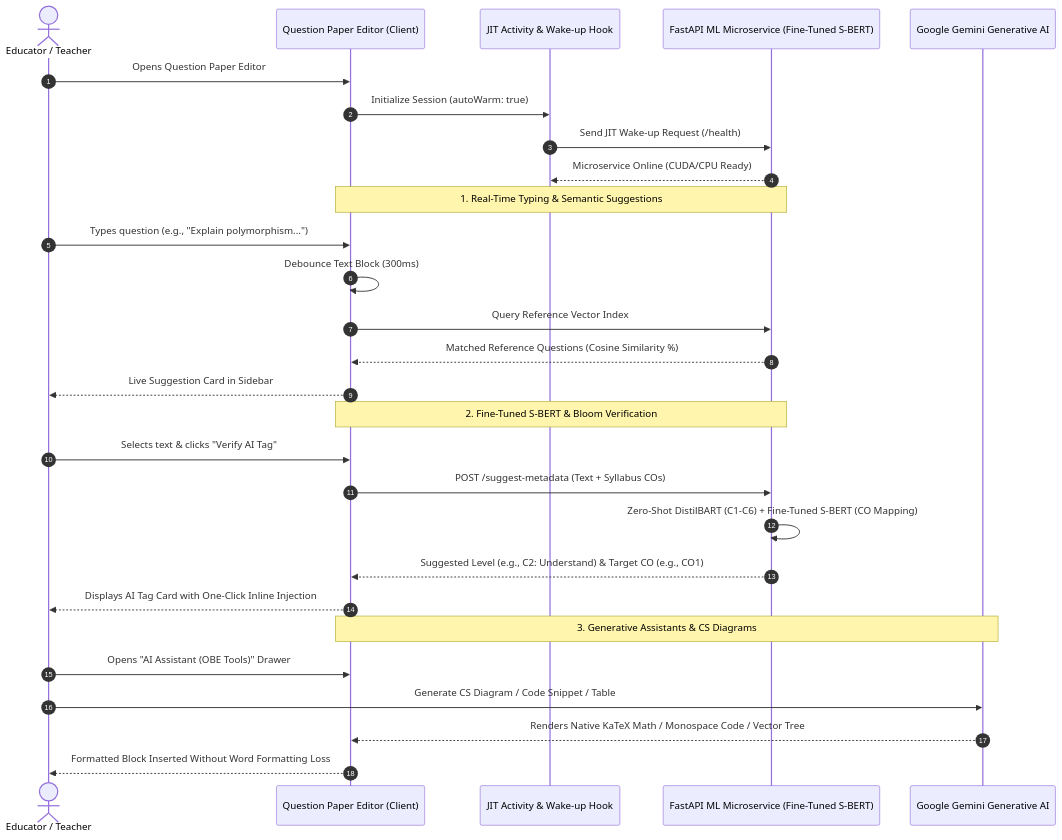
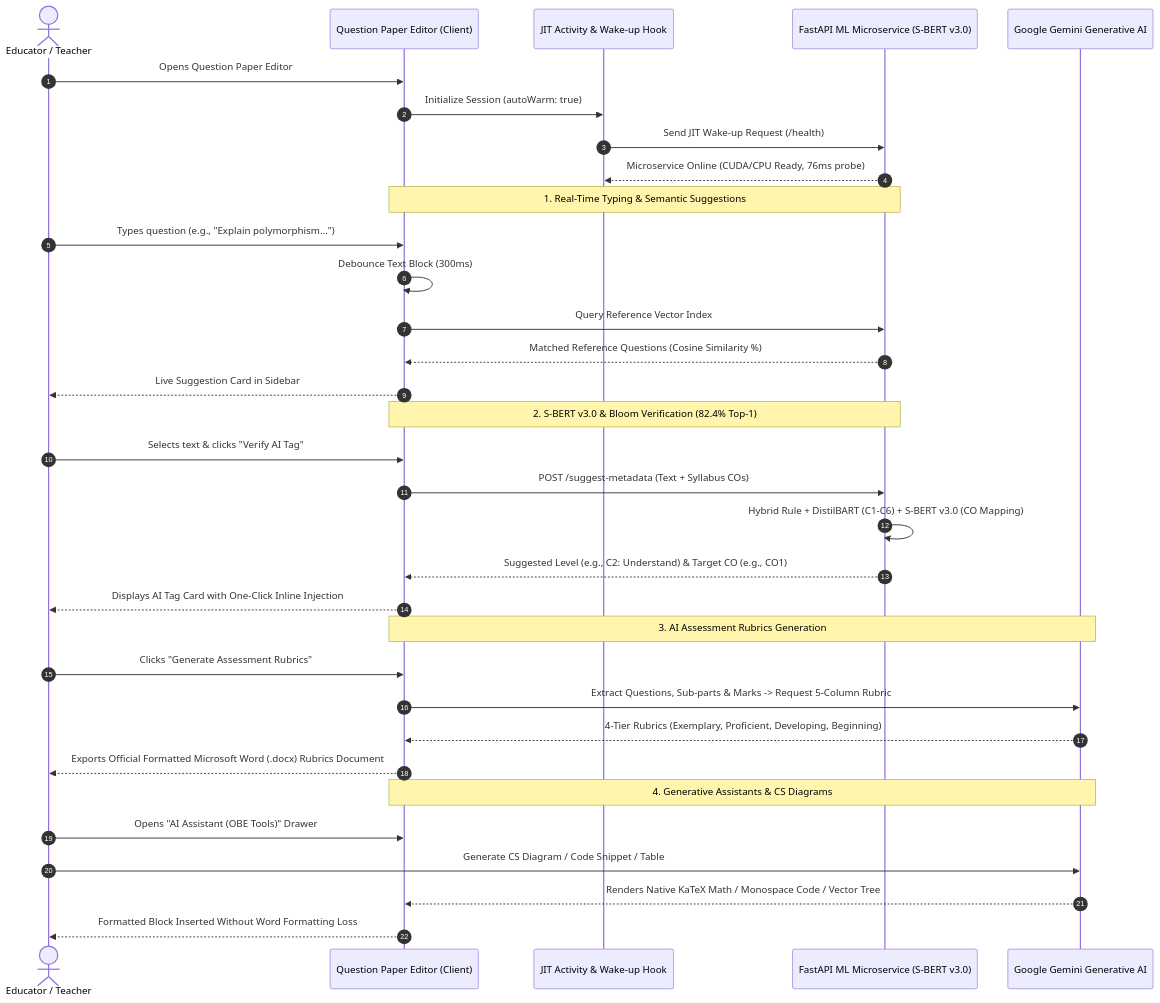
The third of 7 diagrams in README.md (sarkarjoy86/Student-Outcome-Analyzer), drawn with Mermaid before and after one commit. The commit also changed other lines of this file, not shown here.

Commit message:
docs(readme): update comprehensive documentation with SBERT v3.0 benchmarks, BAETE CQI, rubrics, and survey modules

````diff
--- a/README.md
+++ b/README.md
@@ -203,34 +241,40 @@
 ```mermaid
 sequenceDiagram
     autonumber
     actor Teacher as Educator / Teacher
     participant Editor as Question Paper Editor (Client)
     participant WakeHook as JIT Activity & Wake-up Hook
-    participant LocalML as FastAPI ML Microservice (Fine-Tuned S-BERT)
+    participant LocalML as FastAPI ML Microservice (S-BERT v3.0)
     participant CloudAI as Google Gemini Generative AI
 
     Teacher->>Editor: Opens Question Paper Editor
     Editor->>WakeHook: Initialize Session (autoWarm: true)
     WakeHook->>LocalML: Send JIT Wake-up Request (/health)
-    LocalML-->>WakeHook: Microservice Online (CUDA/CPU Ready)
+    LocalML-->>WakeHook: Microservice Online (CUDA/CPU Ready, 76ms probe)
     
     Note over Editor,LocalML: 1. Real-Time Typing & Semantic Suggestions
     Teacher->>Editor: Types question (e.g., "Explain polymorphism...")
     Editor->>Editor: Debounce Text Block (300ms)
     Editor->>LocalML: Query Reference Vector Index
     LocalML-->>Editor: Matched Reference Questions (Cosine Similarity %)
     Editor-->>Teacher: Live Suggestion Card in Sidebar
 
-    Note over Editor,LocalML: 2. Fine-Tuned S-BERT & Bloom Verification
+    Note over Editor,LocalML: 2. S-BERT v3.0 & Bloom Verification (82.4% Top-1)
     Teacher->>Editor: Selects text & clicks "Verify AI Tag"
     Editor->>LocalML: POST /suggest-metadata (Text + Syllabus COs)
-    LocalML->>LocalML: Zero-Shot DistilBART (C1-C6) + Fine-Tuned S-BERT (CO Mapping)
+    LocalML->>LocalML: Hybrid Rule + DistilBART (C1-C6) + S-BERT v3.0 (CO Mapping)
     LocalML-->>Editor: Suggested Level (e.g., C2: Understand) & Target CO (e.g., CO1)
     Editor-->>Teacher: Displays AI Tag Card with One-Click Inline Injection
 
-    Note over Editor,CloudAI: 3. Generative Assistants & CS Diagrams
+    Note over Editor,CloudAI: 3. AI Assessment Rubrics Generation
+    Teacher->>Editor: Clicks "Generate Assessment Rubrics"
+    Editor->>CloudAI: Extract Questions, Sub-parts & Marks -> Request 5-Column Rubric
+    CloudAI-->>Editor: 4-Tier Rubrics (Exemplary, Proficient, Developing, Beginning)
+    Editor-->>Teacher: Exports Official Formatted Microsoft Word (.docx) Rubrics Document
+
+    Note over Editor,CloudAI: 4. Generative Assistants & CS Diagrams
     Teacher->>Editor: Opens "AI Assistant (OBE Tools)" Drawer
     Teacher->>CloudAI: Generate CS Diagram / Code Snippet / Table
     CloudAI-->>Editor: Renders Native KaTeX Math / Monospace Code / Vector Tree
     Editor-->>Teacher: Formatted Block Inserted Without Word Formatting Loss
 ```
````
